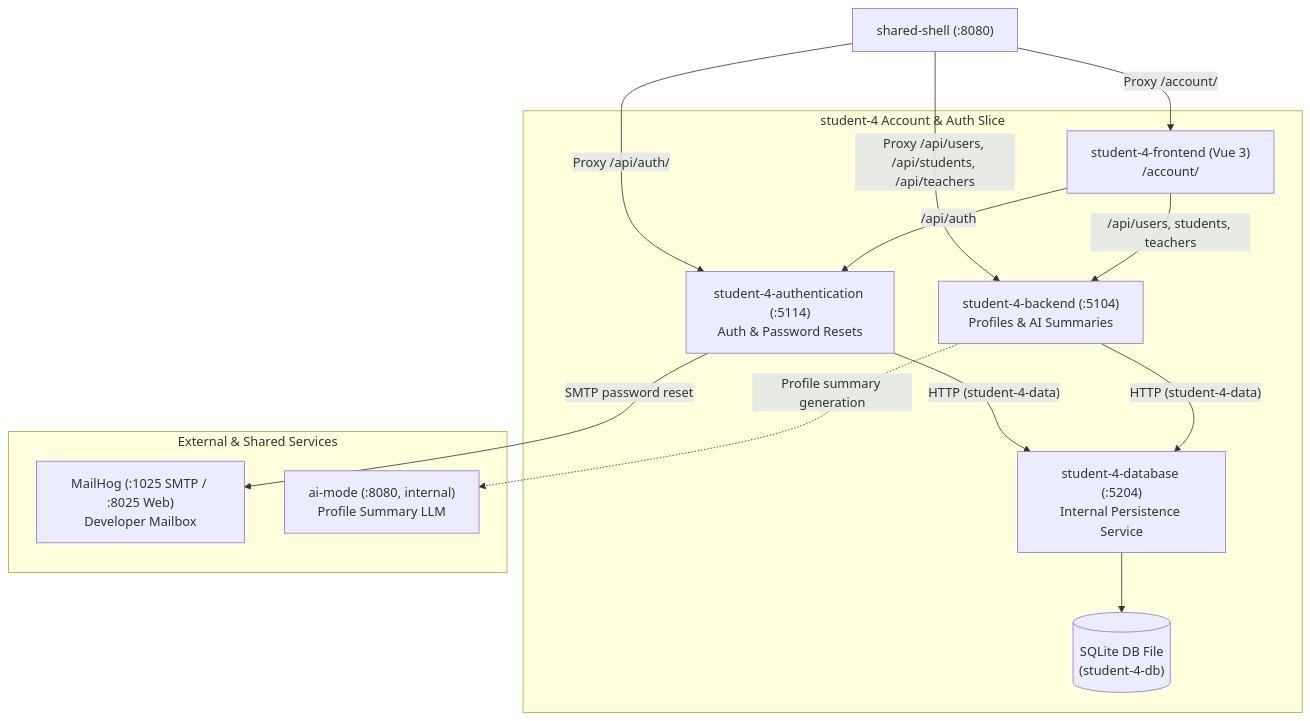
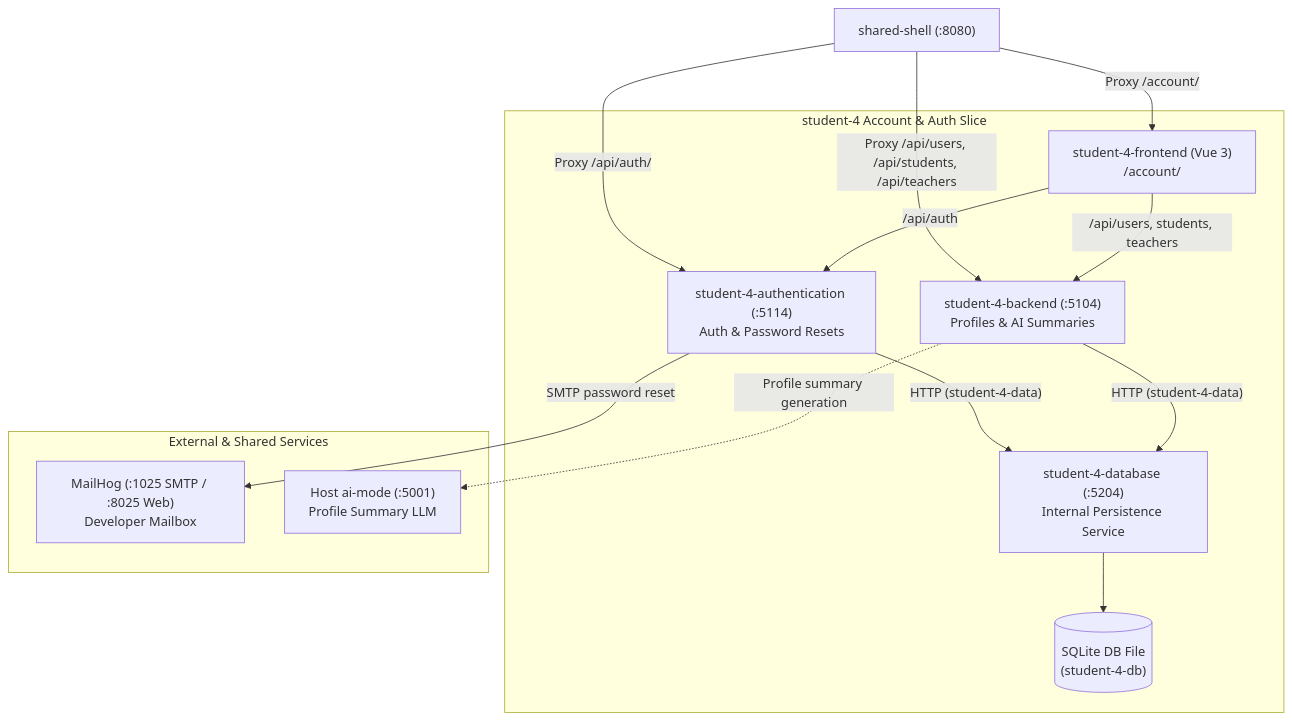
One commit to AmAComputerNerd/41026--software-development-project changed the diagram in student-4/README.md. Above: the diagram before and after it, drawn with Mermaid. The commit also changed other lines of this file and 23 other files, not shown here.

````diff
--- a/student-4/README.md
+++ b/student-4/README.md
@@ -101,30 +101,30 @@
 ```mermaid
 flowchart TD
     Shell["shared-shell (:8080)"]
 
     subgraph Student4Slice["student-4 Account & Auth Slice"]
         FE["student-4-frontend (Vue 3)<br>/account/"]
         BE["student-4-backend (:5104)<br>Profiles & AI Summaries"]
         Auth["student-4-authentication (:5114)<br>Auth & Password Resets"]
         DB["student-4-database (:5204)<br>Internal Persistence Service"]
         Storage[("SQLite DB File<br>(student-4-db)")]
         
         FE -- "/api/users, students, teachers" --> BE
         FE -- "/api/auth" --> Auth
         BE -- "HTTP (student-4-data)" --> DB
         Auth -- "HTTP (student-4-data)" --> DB
         DB --> Storage
     end
 
     subgraph ExternalServices["External & Shared Services"]
         MailHog["MailHog (:1025 SMTP / :8025 Web)<br>Developer Mailbox"]
-        AIM["ai-mode (:8080, internal)<br>Profile Summary LLM"]
+        AIM["Host ai-mode (:5001)<br>Profile Summary LLM"]
     end
 
     Shell -- "Proxy /account/" --> FE
     Shell -- "Proxy /api/users, /api/students, /api/teachers" --> BE
     Shell -- "Proxy /api/auth/" --> Auth
 
     Auth -- "SMTP password reset" --> MailHog
     BE -. "Profile summary generation" .-> AIM
 ```
````
